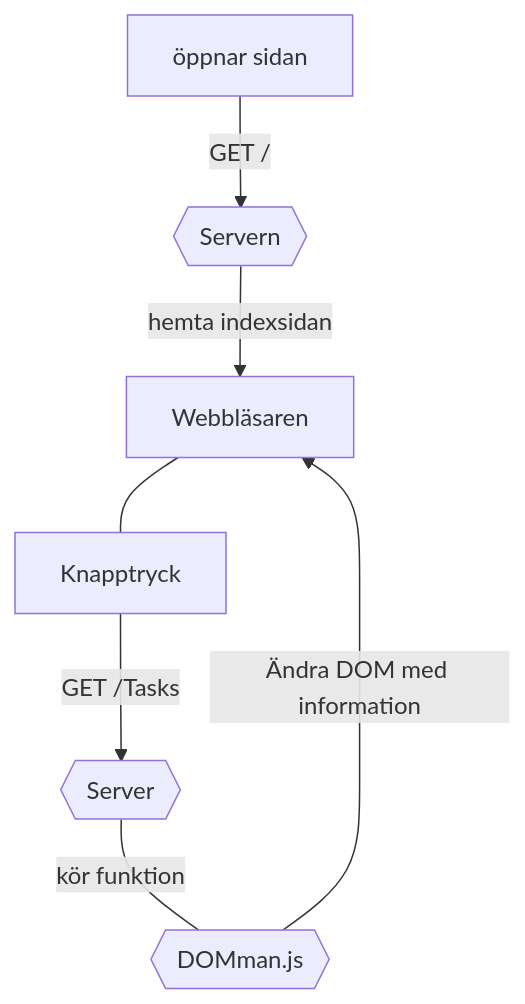
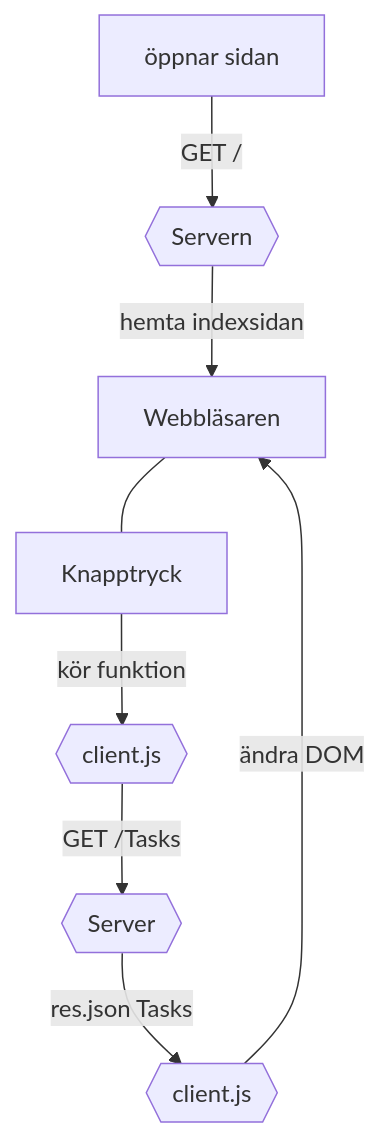
The diagram in Mermaid.md (FilipBecker/ToDoMVP), drawn with Mermaid before and after one commit.

````diff
--- a/Mermaid.md
+++ b/Mermaid.md
@@ -1,9 +1,10 @@
 ```mermaid
 graph TD;
   id1[öppnar sidan] -->|GET /| id2{{Servern}}
   id2 -->|hemta indexsidan| id3[Webbläsaren]
   id3 --- id4[Knapptryck]
-  id4 -->|GET /Tasks| id5{{Server}}
-  id5 ---|kör funktion| id6{{DOMman.js}}
-  id6 -->|Ändra DOM med information| id3
+  id4 -->|kör funktion| id5{{client.js}}
+  id5 -->|GET /Tasks| id6{{Server}}
+  id6 -->|res.json Tasks| id7{{client.js}}
+  id7 -->|ändra DOM| id3
 ```
````
